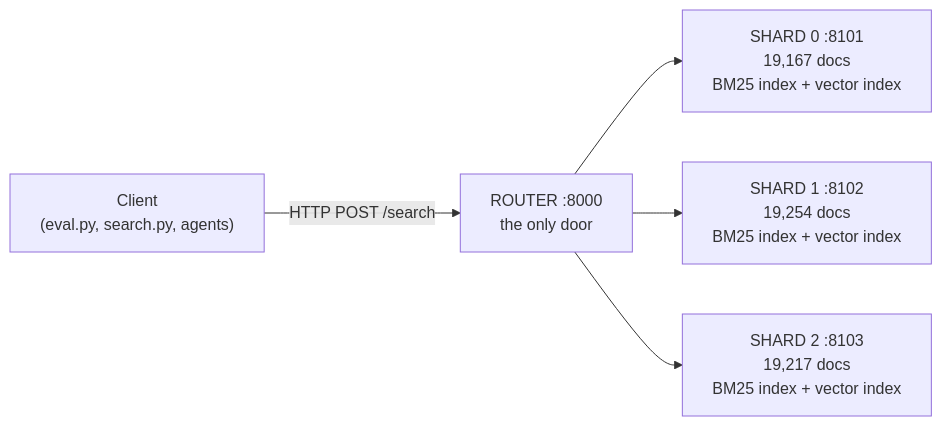
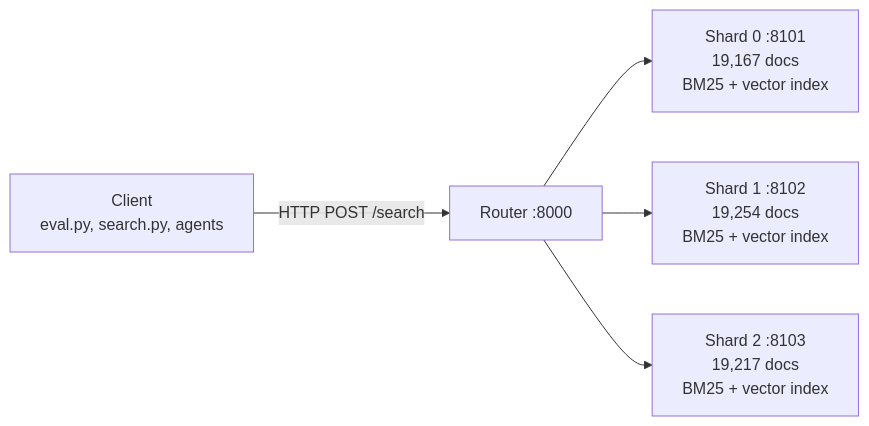
One commit to node31/fiqa-agentic-retrieval changed the first of 8 diagrams in docs/from_zero/07_part_b_distributed.md. Above: the diagram before and after it, drawn with Mermaid. The commit also changed other lines of this file and 9 other files, not shown here.

````diff
--- a/docs/from_zero/07_part_b_distributed.md
+++ b/docs/from_zero/07_part_b_distributed.md
@@ -18,7 +13,7 @@
 ```mermaid
 flowchart LR
-    C["Client<br/>(eval.py, search.py, agents)"] -->|"HTTP POST /search"| R["ROUTER :8000<br/>the only door"]
-    R --> S0["SHARD 0 :8101<br/>19,167 docs<br/>BM25 index + vector index"]
-    R --> S1["SHARD 1 :8102<br/>19,254 docs<br/>BM25 index + vector index"]
-    R --> S2["SHARD 2 :8103<br/>19,217 docs<br/>BM25 index + vector index"]
+    C["Client<br/>eval.py, search.py, agents"] -->|"HTTP POST /search"| R["Router :8000"]
+    R --> S0["Shard 0 :8101<br/>19,167 docs<br/>BM25 + vector index"]
+    R --> S1["Shard 1 :8102<br/>19,254 docs<br/>BM25 + vector index"]
+    R --> S2["Shard 2 :8103<br/>19,217 docs<br/>BM25 + vector index"]
 ```
````
